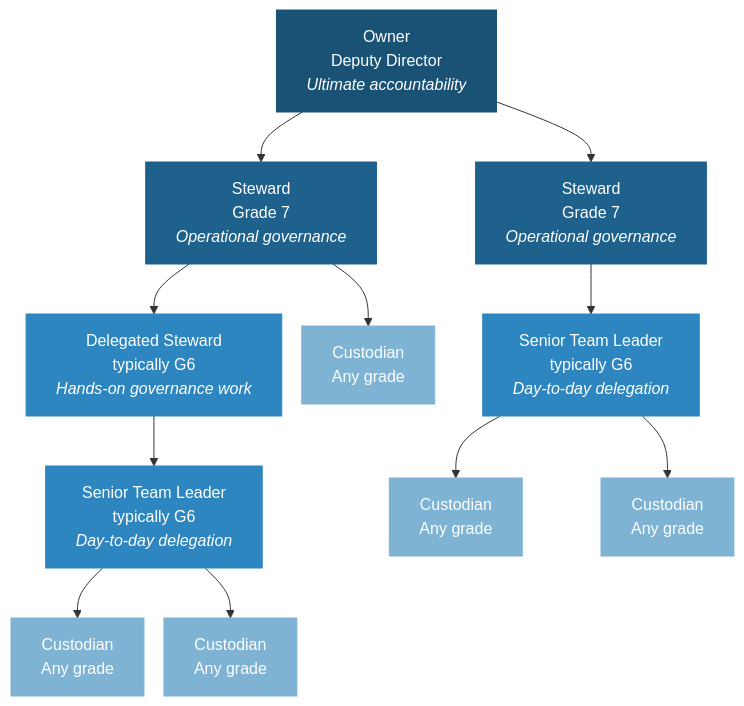
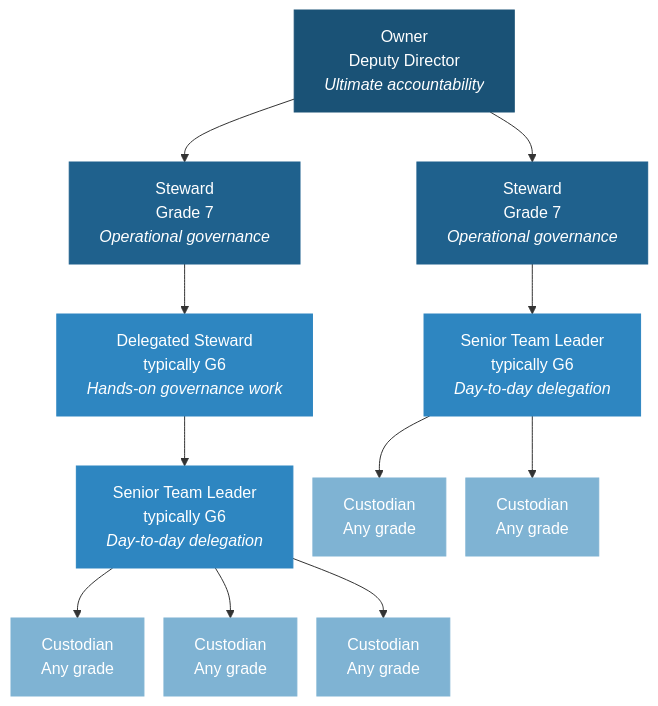
One commit to JonPayneEA/Governance changed the third of 6 diagrams in 01-governance-framework.qmd. Above: the diagram before and after it, drawn with Mermaid. The commit also changed 30 other files, not shown here.

````diff
--- a/01-governance-framework.qmd
+++ b/01-governance-framework.qmd
@@ -166,39 +166,39 @@
 ```{mermaid}
 %%{init: {"theme": "default", "flowchart": {"rankSpacing": 50, "nodeSpacing": 20}}}%%
 %%| fig-width: 6
 graph TD
     O["Owner<br/>Deputy Director<br/><i>Ultimate accountability</i>"]
     S1["Steward<br/>Grade 7<br/><i>Operational governance</i>"]
     S2["Steward<br/>Grade 7<br/><i>Operational governance</i>"]
     DS["Delegated Steward<br/>typically G6<br/><i>Hands-on governance work</i>"]
     STL1["Senior Team Leader<br/>typically G6<br/><i>Day-to-day delegation</i>"]
     STL2["Senior Team Leader<br/>typically G6<br/><i>Day-to-day delegation</i>"]
     C1["Custodian<br/>Any grade"]
     C2["Custodian<br/>Any grade"]
     C3["Custodian<br/>Any grade"]
     C4["Custodian<br/>Any grade"]
     C5["Custodian<br/>Any grade"]
 
     O --> S1
     O --> S2
     S1 --> DS
-    S1 --> C1
     DS --> STL1
+    STL1 --> C1
     STL1 --> C2
     STL1 --> C3
     S2 --> STL2
     STL2 --> C4
     STL2 --> C5
 
     style O fill:#1a5276,color:#fff,stroke:#1a5276
     style S1 fill:#1f618d,color:#fff,stroke:#1f618d
     style S2 fill:#1f618d,color:#fff,stroke:#1f618d
     style DS fill:#2e86c1,color:#fff,stroke:#2e86c1
     style STL1 fill:#2e86c1,color:#fff,stroke:#2e86c1
     style STL2 fill:#2e86c1,color:#fff,stroke:#2e86c1
     style C1 fill:#7fb3d3,color:#fff,stroke:#7fb3d3
     style C2 fill:#7fb3d3,color:#fff,stroke:#7fb3d3
     style C3 fill:#7fb3d3,color:#fff,stroke:#7fb3d3
     style C4 fill:#7fb3d3,color:#fff,stroke:#7fb3d3
     style C5 fill:#7fb3d3,color:#fff,stroke:#7fb3d3
 ```
````
